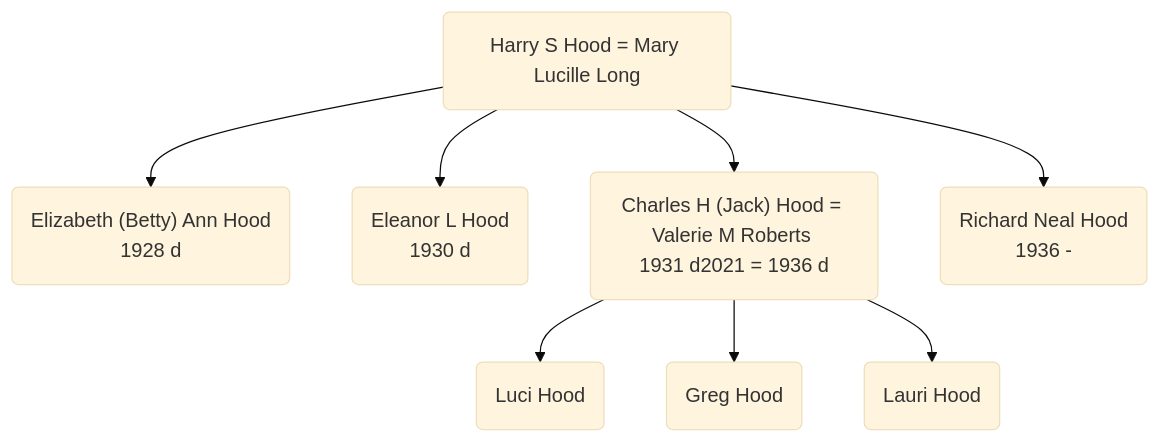
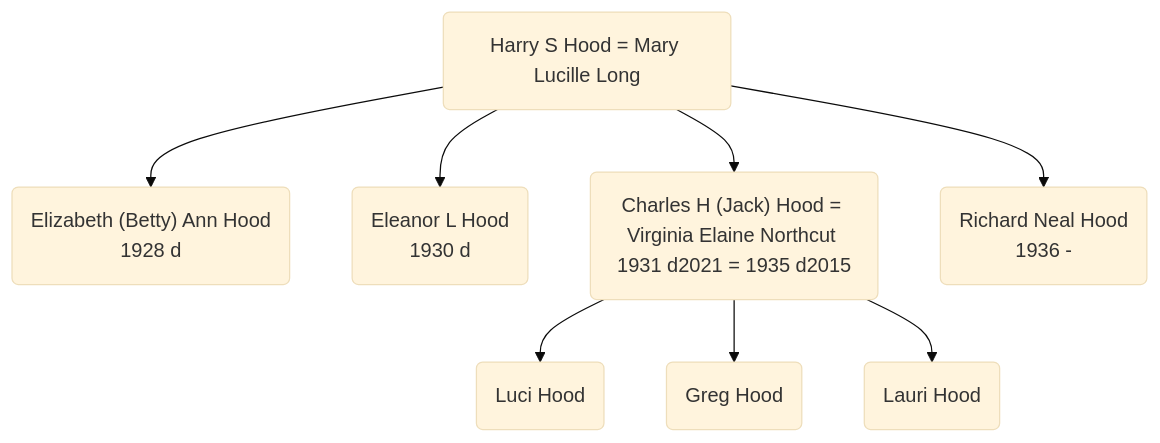
One commit to NixImagery/family changed the diagram in source/Hood/2022-01-07-Jack-Hood.md. Above: the diagram before and after it, drawn with Mermaid (base theme). The commit also changed other lines of this file, not shown here.

Commit message:
Jack Hood's wife correction

````diff
--- a/source/Hood/2022-01-07-Jack-Hood.md
+++ b/source/Hood/2022-01-07-Jack-Hood.md
@@ -34,11 +34,11 @@
 ``` mermaid
 flowchart TD
     HSH(Harry S Hood = Mary Lucille Long)
     HSH --> EAH("Elizabeth (Betty) Ann Hood" <br>1928 d)
     HSH --> ELH(Eleanor L Hood <br>1930 d)
-    HSH --> CHH("Charles H (Jack) Hood" = Valerie M Roberts <br>1931 d2021 = 1936 d)
+    HSH --> CHH("Charles H (Jack) Hood" = Virginia Elaine Northcut <br>1931 d2021 = 1935 d2015)
     HSH --> RNH(Richard Neal Hood <br>1936 - )
     CHH --> LuH(Luci Hood)
     CHH --> GH(Greg Hood)
     CHH --> LaH(Lauri Hood)
 ```
````
